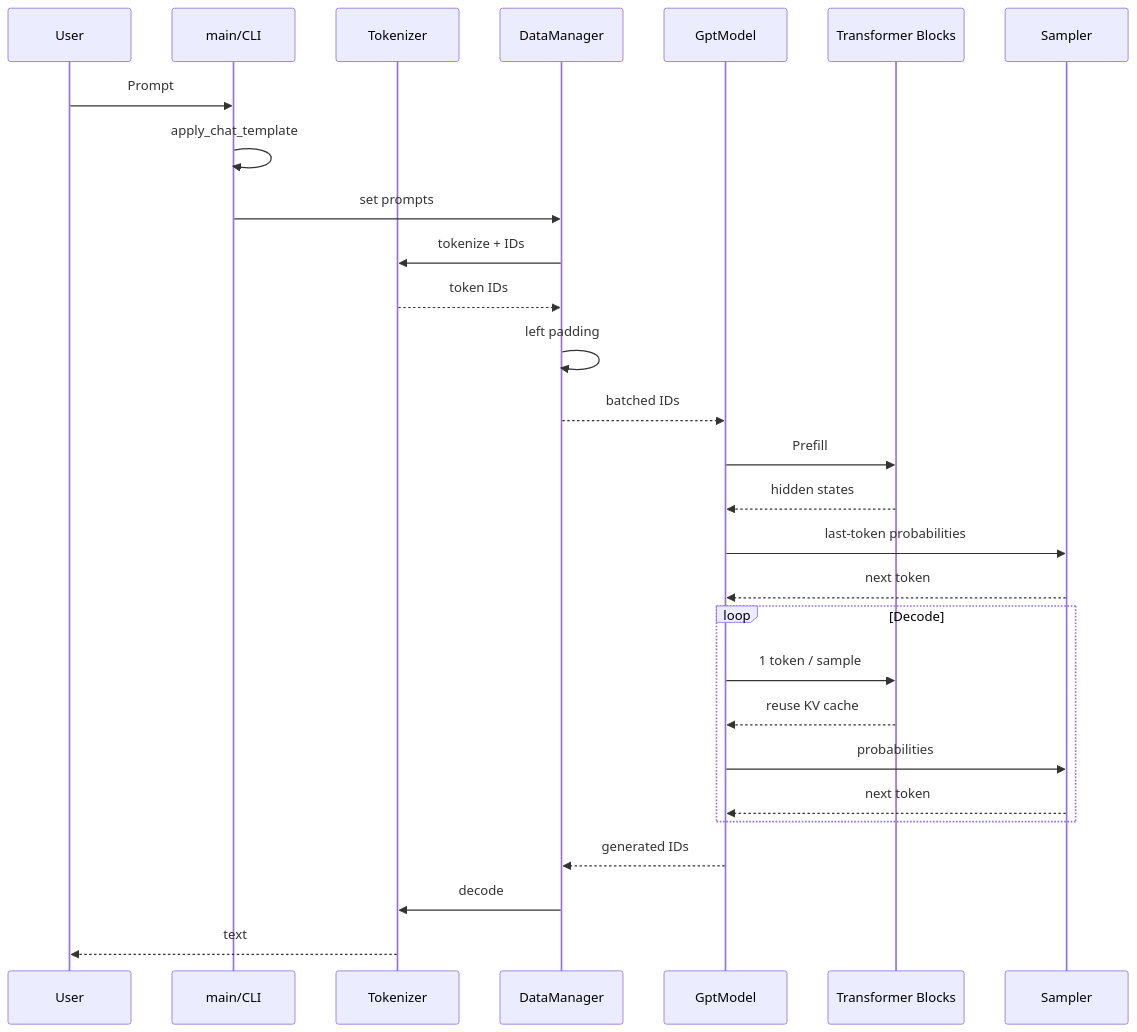
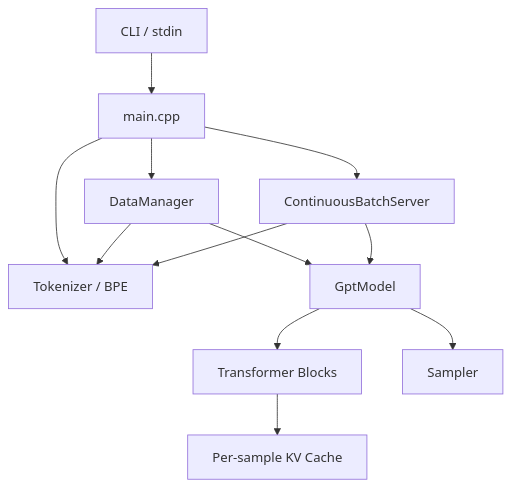
The first of 9 diagrams in my/docs/easy_llm_guide.zh-CN.md (eagle-dai/easy_llm.cpp), drawn with Mermaid before and after one commit. The commit also changed other lines of this file, not shown here.

````diff
--- a/my/docs/easy_llm_guide.zh-CN.md
+++ b/my/docs/easy_llm_guide.zh-CN.md
@@ -568,31 +66,24 @@
 ```mermaid
-sequenceDiagram
-    participant U as User
-    participant CLI as main/CLI
-    participant T as Tokenizer
-    participant D as DataManager
-    participant M as GptModel
-    participant B as Transformer Blocks
-    participant S as Sampler
+flowchart TB
+    U[CLI / stdin]
+    M[main.cpp]
+    T[Tokenizer / BPE]
+    D[DataManager]
+    S[ContinuousBatchServer]
+    G[GptModel]
+    B[Transformer Blocks]
+    K[Per-sample KV Cache]
+    P[Sampler]
 
-    U->>CLI: Prompt
-    CLI->>CLI: apply_chat_template
-    CLI->>D: set prompts
-    D->>T: tokenize + IDs
-    T-->>D: token IDs
-    D->>D: left padding
-    D-->>M: batched IDs
-    M->>B: Prefill
-    B-->>M: hidden states
-    M->>S: last-token probabilities
-    S-->>M: next token
-    loop Decode
-        M->>B: 1 token / sample
-        B-->>M: reuse KV cache
-        M->>S: probabilities
-        S-->>M: next token
-    end
-    M-->>D: generated IDs
-    D->>T: decode
-    T-->>U: text
+    U --> M
+    M --> T
+    M --> D
+    M --> S
+    D --> T
+    D --> G
+    S --> T
+    S --> G
+    G --> B
+    B --> K
+    G --> P
 ```
````
